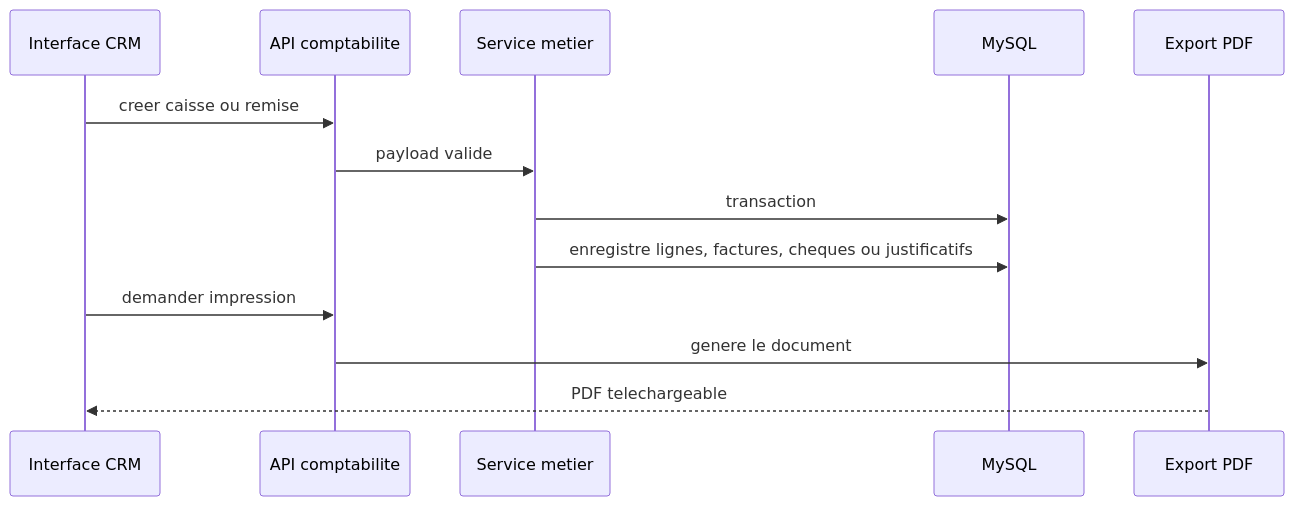
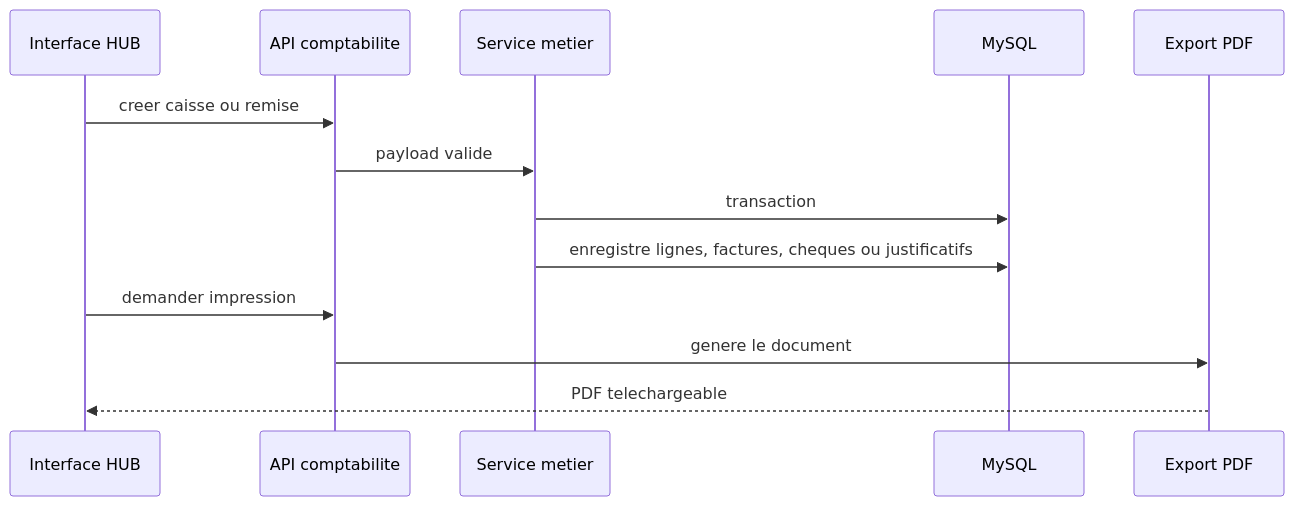
One commit to jp2creation/hub changed the seventh of 8 diagrams in docs/README.md. Above: the diagram before and after it, drawn with Mermaid. The commit also changed other lines of this file and 111 other files, not shown here.

````diff
--- a/docs/README.md
+++ b/docs/README.md
@@ -202,16 +212,16 @@
 ```mermaid
 sequenceDiagram
-    participant UI as Interface CRM
+    participant UI as Interface HUB
     participant API as API comptabilite
     participant Service as Service metier
     participant DB as MySQL
     participant PDF as Export PDF
 
     UI->>API: creer caisse ou remise
     API->>Service: payload valide
     Service->>DB: transaction
     Service->>DB: enregistre lignes, factures, cheques ou justificatifs
     UI->>API: demander impression
     API->>PDF: genere le document
     PDF-->>UI: PDF telechargeable
 ```
````
